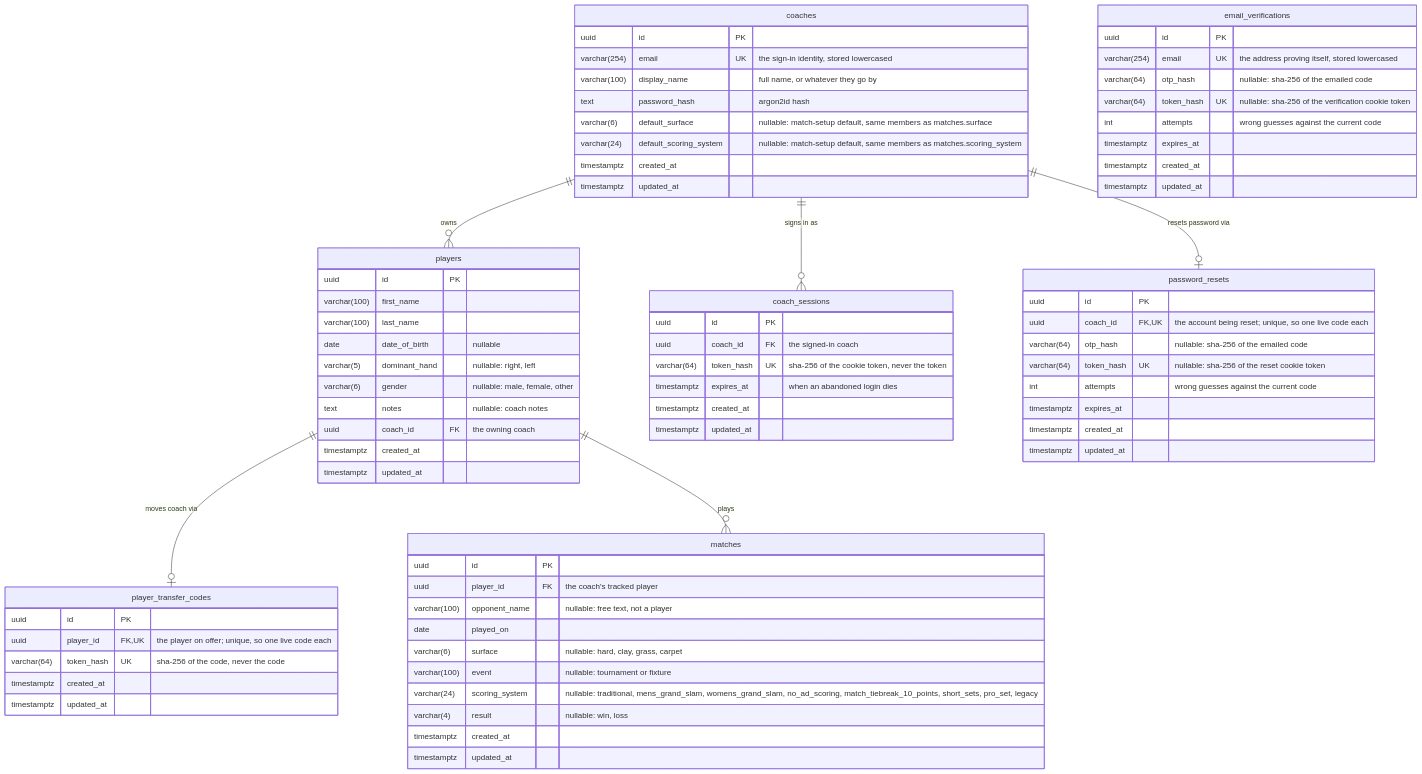
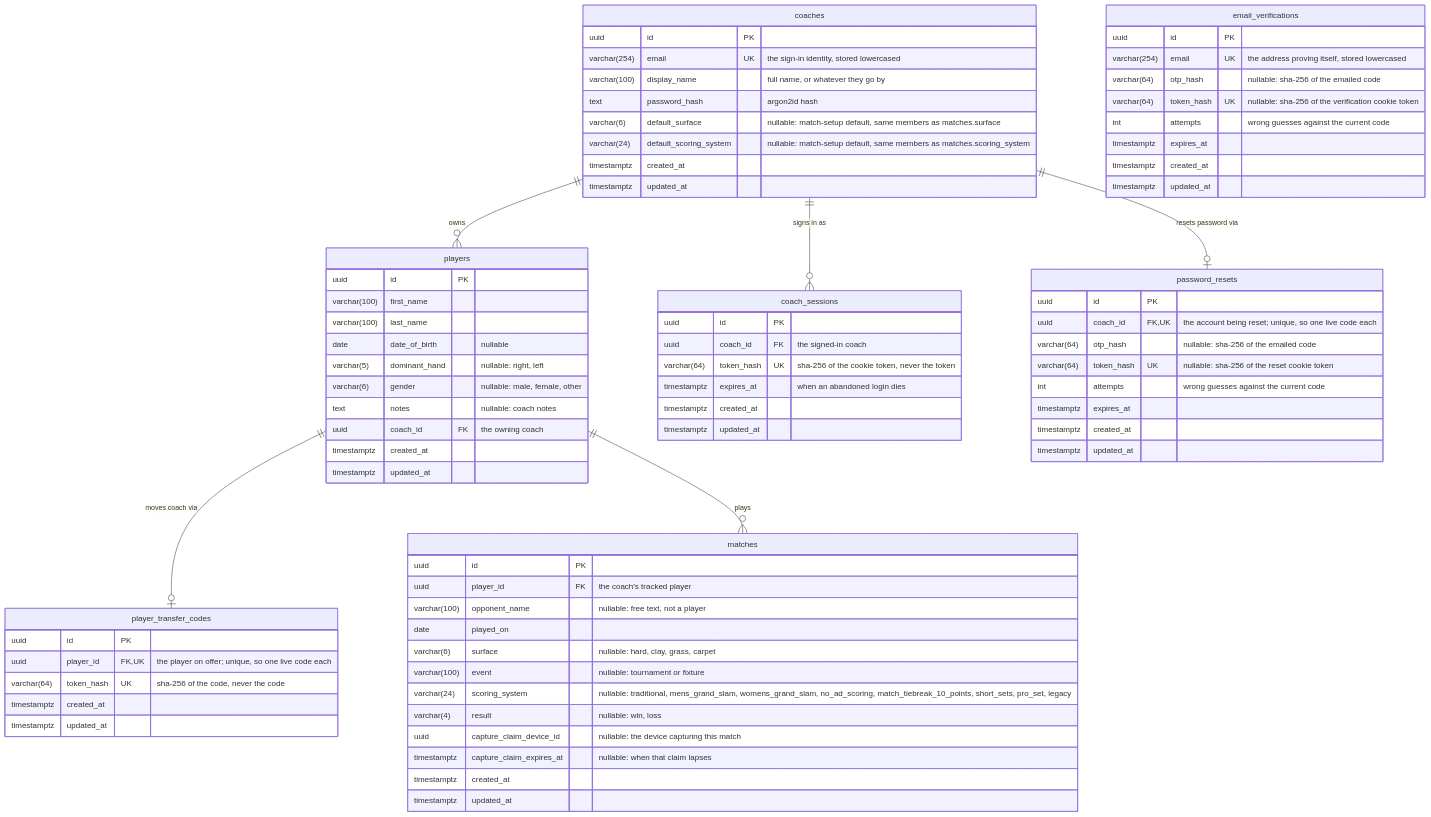
The diagram in docs/data-model.md (tkabalin/matchpoint), drawn with Mermaid before and after one commit. The commit also changed other lines of this file and 3 other files, not shown here.

First line of the commit message:
feat(api): store which device is capturing a match

```diff
--- a/docs/data-model.md
+++ b/docs/data-model.md
@@ -89,6 +89,8 @@
         varchar(100) event "nullable: tournament or fixture"
         varchar(24) scoring_system "nullable: traditional, mens_grand_slam, womens_grand_slam, no_ad_scoring, match_tiebreak_10_points, short_sets, pro_set, legacy"
         varchar(4) result "nullable: win, loss"
+        uuid capture_claim_device_id "nullable: the device capturing this match"
+        timestamptz capture_claim_expires_at "nullable: when that claim lapses"
         timestamptz created_at
         timestamptz updated_at
     }
```
